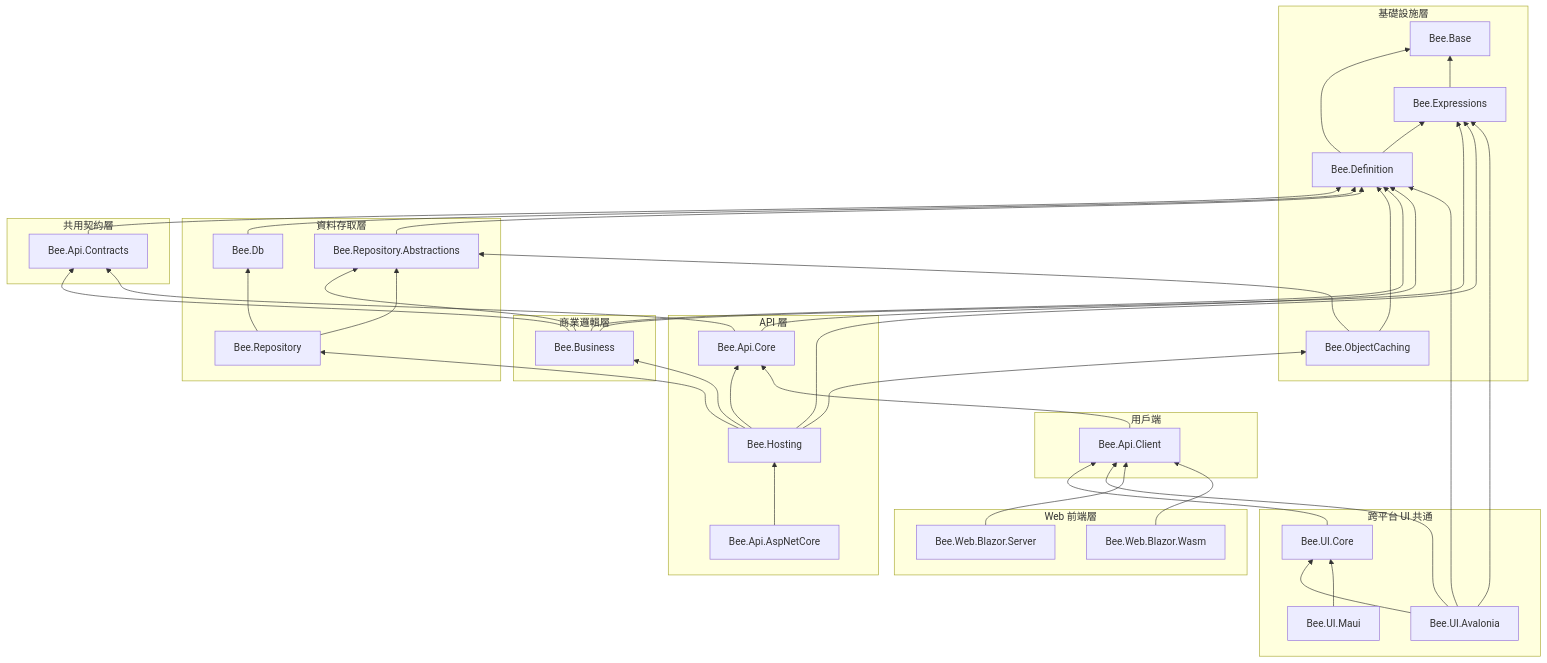
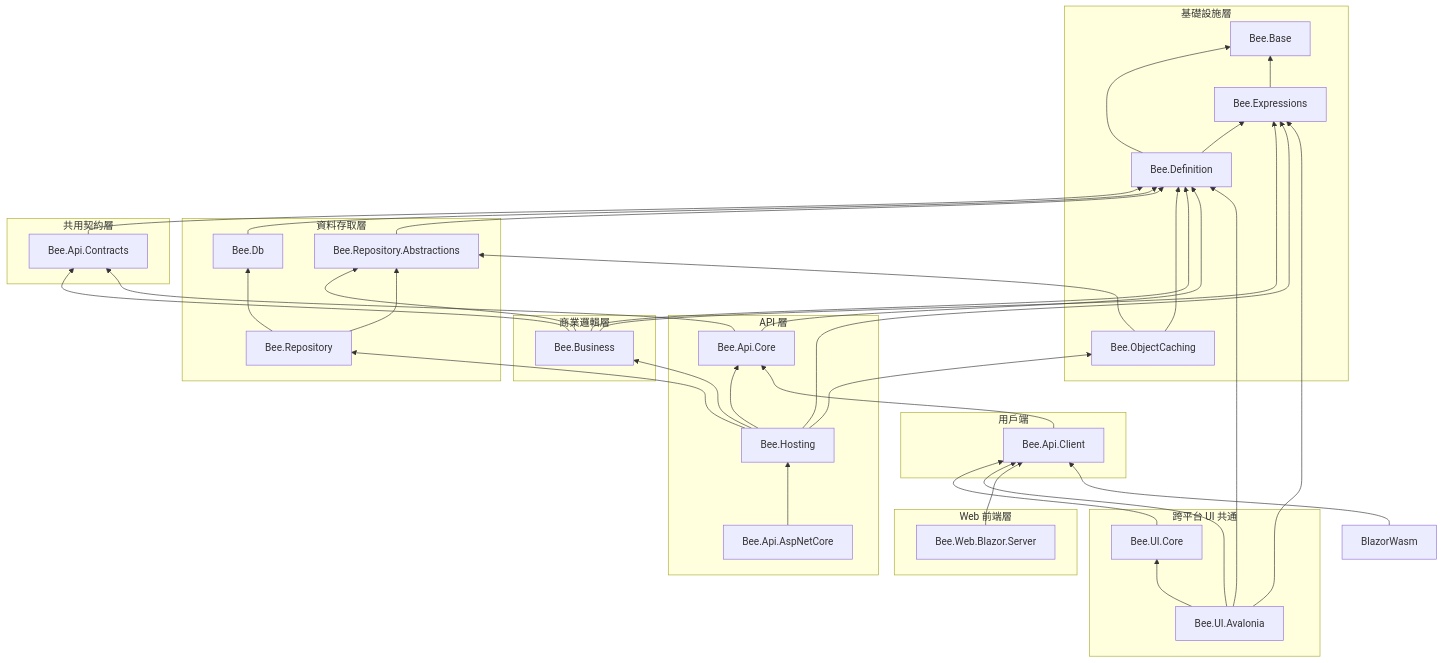
Before and after one commit to jeff377/bee-library: the diagram in docs/dependency-map.zh-TW.md, drawn with Mermaid. The commit also changed other lines of this file and 123 other files, not shown here.

First line of the commit message:
refactor(ui)!: UI 收斂為 Avalonia + Blazor.Server 雙軌，移除 Maui 與 Blazor.Wasm

````diff
--- a/docs/dependency-map.zh-TW.md
+++ b/docs/dependency-map.zh-TW.md
@@ -11,76 +11,73 @@
 ```mermaid
 graph BT
   subgraph 基礎設施層
     Base["Bee.Base"]
     Expressions["Bee.Expressions"]
     Definition["Bee.Definition"]
     Caching["Bee.ObjectCaching"]
   end
 
   subgraph 資料存取層
     RepoAbs["Bee.Repository.Abstractions"]
     Db["Bee.Db"]
     Repo["Bee.Repository"]
   end
 
   subgraph 商業邏輯層
     Business["Bee.Business"]
   end
 
   subgraph SharedContracts [共用契約層]
     Contracts["Bee.Api.Contracts"]
   end
 
   subgraph API 層
     Core["Bee.Api.Core"]
     Hosting["Bee.Hosting"]
     AspNet["Bee.Api.AspNetCore"]
   end
 
   subgraph 用戶端
     Client["Bee.Api.Client"]
   end
 
   subgraph 跨平台 UI 共通
     UICore["Bee.UI.Core"]
     UIAvalonia["Bee.UI.Avalonia"]
-    UIMaui["Bee.UI.Maui"]
   end
 
   subgraph Web 前端層
     BlazorSrv["Bee.Web.Blazor.Server"]
-    BlazorWasm["Bee.Web.Blazor.Wasm"]
   end
 
   Definition --> Base
   Expressions --> Base
   Definition --> Expressions
   Business --> Expressions
   Hosting --> Expressions
   UIAvalonia --> Expressions
   Contracts --> Definition
   Db --> Definition
   RepoAbs --> Definition
   Caching --> Definition
   Caching --> RepoAbs
   Business --> Contracts
   Business --> Definition
   Business --> RepoAbs
   Repo --> Db
   Repo --> RepoAbs
   Core --> Contracts
   Core --> Definition
   Hosting --> Core
   Hosting --> Business
   Hosting --> Repo
   Hosting --> Caching
   AspNet --> Hosting
   Client --> Core
   UICore --> Client
   UIAvalonia --> UICore
   UIAvalonia --> Client
   UIAvalonia --> Definition
-  UIMaui --> UICore
   BlazorSrv --> Client
   BlazorWasm --> Client
 ```
````
